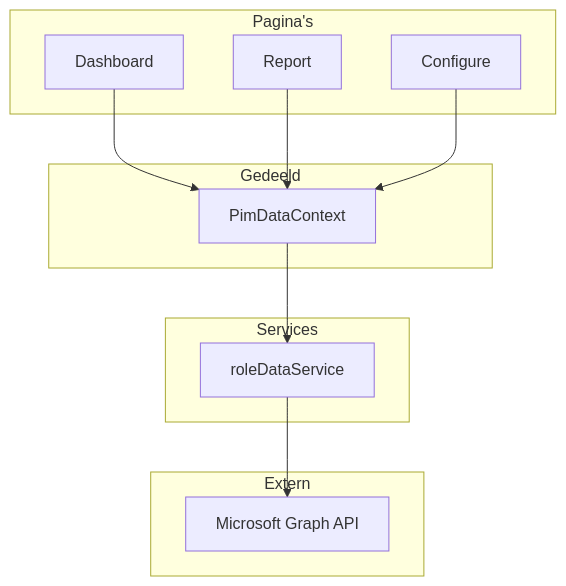
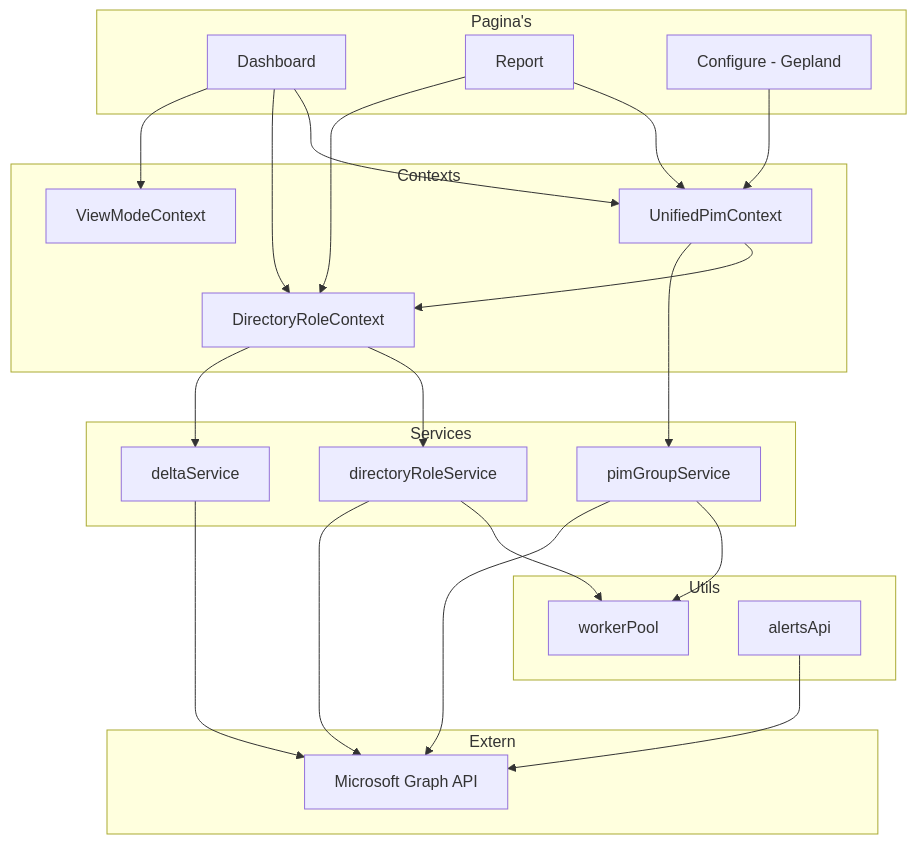
The diagram in docs/nl/02-mappenstructuur.md (0125joel/PIM-Manager), drawn with Mermaid before and after one commit. The commit also changed other lines of this file and 28 other files, not shown here.

````diff
--- a/docs/nl/02-mappenstructuur.md
+++ b/docs/nl/02-mappenstructuur.md
@@ -175,26 +197,46 @@
 ```mermaid
 flowchart TD
     subgraph "Pagina's"
         A[Dashboard]
         B[Report]
-        C[Configure]
+        C[Configure - Gepland]
     end
 
-    subgraph "Gedeeld"
-        D[PimDataContext]
+    subgraph "Contexts"
+        D[UnifiedPimContext]
+        E[DirectoryRoleContext]
+        F[ViewModeContext]
     end
 
     subgraph "Services"
-        E[roleDataService]
+        G[directoryRoleService]
+        H[pimGroupService]
+        I[deltaService]
+    end
+
+    subgraph "Utils"
+        J[workerPool]
+        K[alertsApi]
     end
 
     subgraph "Extern"
-        F[Microsoft Graph API]
+        L[Microsoft Graph API]
     end
 
     A --> D
+    A --> E
+    A --> F
     B --> D
+    B --> E
     C --> D
     D --> E
-    E --> F
+    D --> H
+    E --> G
+    E --> I
+    G --> J
+    G --> L
+    H --> J
+    H --> L
+    I --> L
+    K --> L
 ```
````
